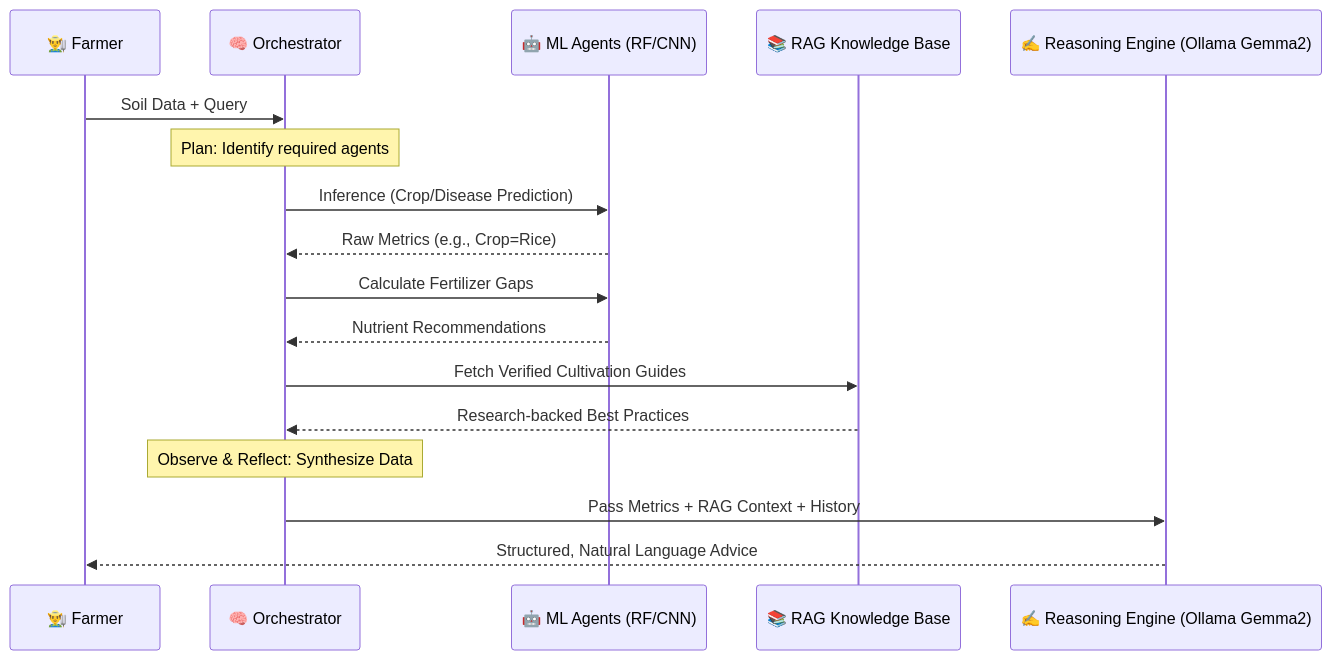
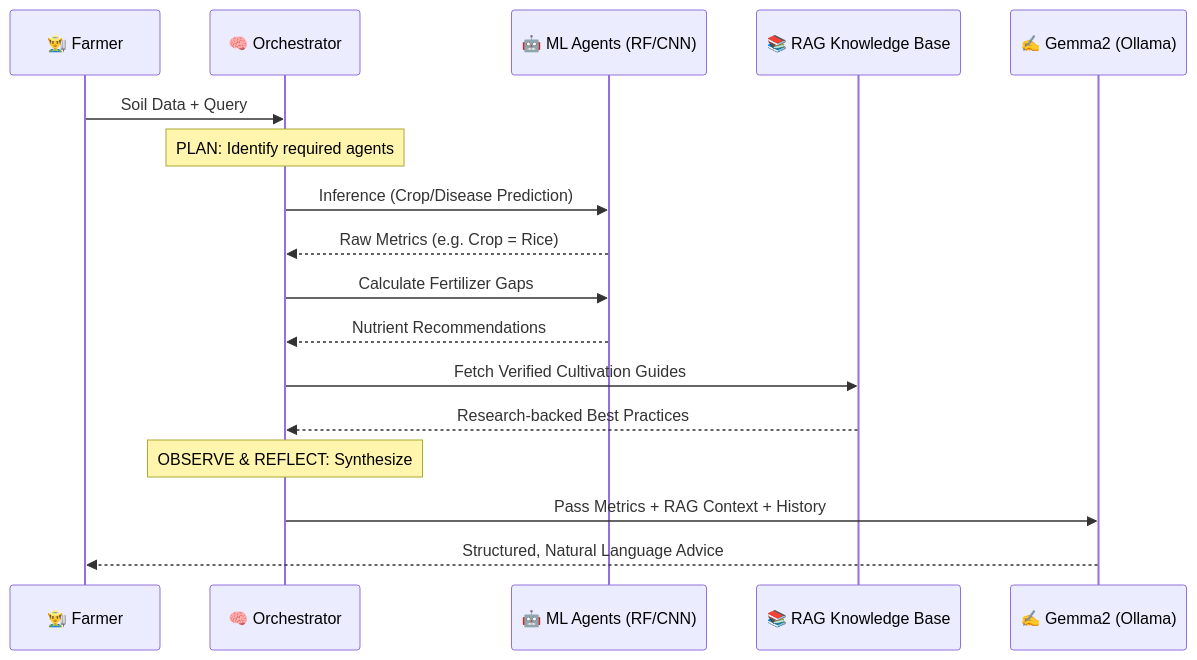
The diagram in README.md (itsshaliniS/Agro), drawn with Mermaid before and after one commit. The commit also changed other lines of this file, not shown here.

````diff
--- a/README.md
+++ b/README.md
@@ -96,20 +123,20 @@
 ```mermaid
 sequenceDiagram
     participant Farmer as 👨‍🌾 Farmer
     participant ORCH as 🧠 Orchestrator
     participant ML as 🤖 ML Agents (RF/CNN)
     participant RAG as 📚 RAG Knowledge Base
-    participant LLM as ✍️ Reasoning Engine (Ollama Gemma2)
+    participant LLM as ✍️ Gemma2 (Ollama)
 
     Farmer->>ORCH: Soil Data + Query
-    Note over ORCH: Plan: Identify required agents
+    Note over ORCH: PLAN: Identify required agents
     ORCH->>ML: Inference (Crop/Disease Prediction)
-    ML-->>ORCH: Raw Metrics (e.g., Crop=Rice)
+    ML-->>ORCH: Raw Metrics (e.g. Crop = Rice)
     ORCH->>ML: Calculate Fertilizer Gaps
     ML-->>ORCH: Nutrient Recommendations
     ORCH->>RAG: Fetch Verified Cultivation Guides
     RAG-->>ORCH: Research-backed Best Practices
-    Note over ORCH: Observe & Reflect: Synthesize Data
+    Note over ORCH: OBSERVE & REFLECT: Synthesize
     ORCH->>LLM: Pass Metrics + RAG Context + History
     LLM-->>Farmer: Structured, Natural Language Advice
 ```
````
